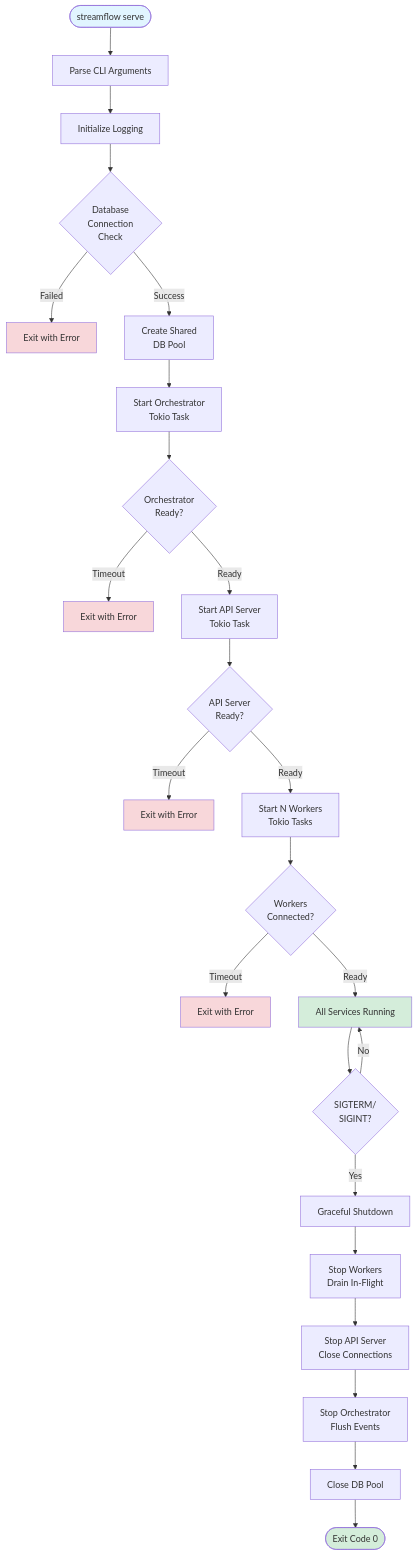
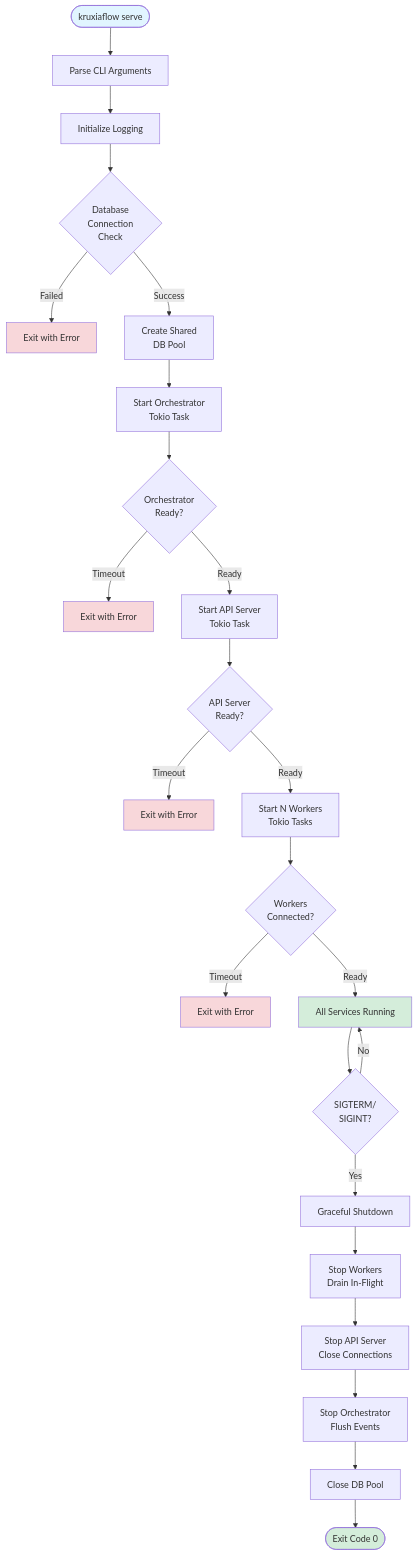
Before and after one commit to kruxia/kruxiaflow: the first of 3 diagrams in docs/implementation/US-1C.2-all-in-one-launcher.md, drawn with Mermaid. The commit also changed other lines of this file and 239 other files, not shown here.

Commit message:
Rename StreamFlow => Kruxia Flow

````diff
--- a/docs/implementation/US-1C.2-all-in-one-launcher.md
+++ b/docs/implementation/US-1C.2-all-in-one-launcher.md
@@ -65,39 +65,39 @@
 ```mermaid
 flowchart TB
-    Start([streamflow serve]) --> ParseConfig[Parse CLI Arguments]
+    Start([kruxiaflow serve]) --> ParseConfig[Parse CLI Arguments]
     ParseConfig --> InitLog[Initialize Logging]
     InitLog --> CheckDB{Database<br/>Connection<br/>Check}
     CheckDB -->|Failed| Exit1[Exit with Error]
     CheckDB -->|Success| CreatePool[Create Shared<br/>DB Pool]
 
     CreatePool --> StartOrch[Start Orchestrator<br/>Tokio Task]
     StartOrch --> WaitOrch{Orchestrator<br/>Ready?}
     WaitOrch -->|Timeout| Exit2[Exit with Error]
     WaitOrch -->|Ready| StartAPI[Start API Server<br/>Tokio Task]
 
     StartAPI --> WaitAPI{API Server<br/>Ready?}
     WaitAPI -->|Timeout| Exit3[Exit with Error]
     WaitAPI -->|Ready| StartWorkers[Start N Workers<br/>Tokio Tasks]
 
     StartWorkers --> WaitWorkers{Workers<br/>Connected?}
     WaitWorkers -->|Timeout| Exit4[Exit with Error]
     WaitWorkers -->|Ready| Running[All Services Running]
 
     Running --> Signal{SIGTERM/<br/>SIGINT?}
     Signal -->|Yes| Shutdown[Graceful Shutdown]
     Signal -->|No| Running
 
     Shutdown --> StopWorkers[Stop Workers<br/>Drain In-Flight]
     StopWorkers --> StopAPI[Stop API Server<br/>Close Connections]
     StopAPI --> StopOrch[Stop Orchestrator<br/>Flush Events]
     StopOrch --> ClosePool[Close DB Pool]
     ClosePool --> Exit5([Exit Code 0])
 
     style Start fill:#e1f5ff
     style Running fill:#d4edda
     style Exit1 fill:#f8d7da
     style Exit2 fill:#f8d7da
     style Exit3 fill:#f8d7da
     style Exit4 fill:#f8d7da
     style Exit5 fill:#d4edda
 ```
````
